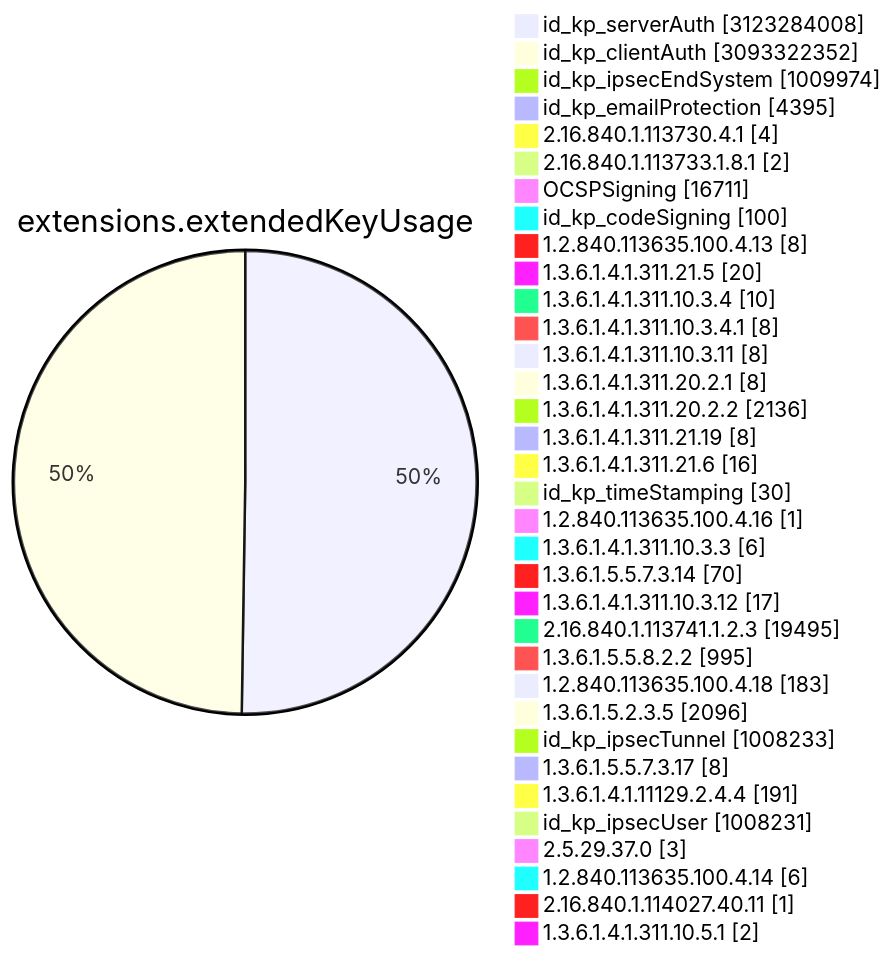
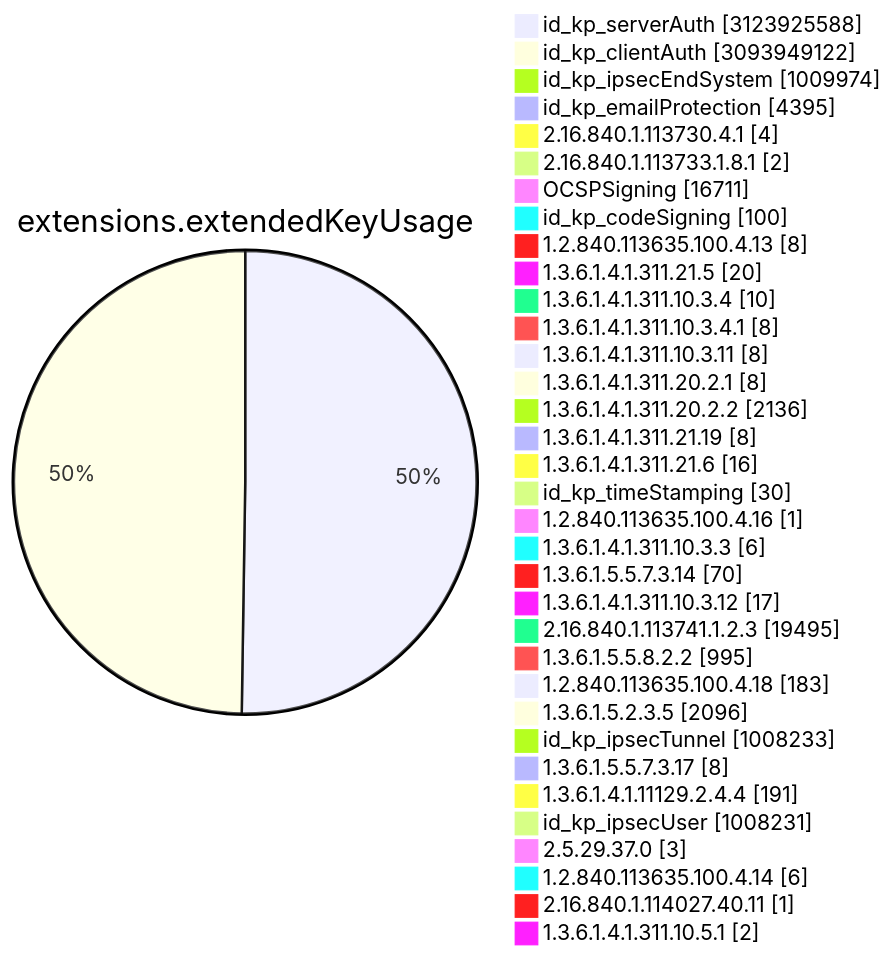
One commit to christiankrug/ctmonitor_visualization changed diagram 11 of 15 in TOTAL/README.md. Above: the diagram before and after it, drawn with Mermaid. The commit also changed other lines of this file, not shown here.

````diff
--- a/TOTAL/README.md
+++ b/TOTAL/README.md
@@ -4119,38 +4119,38 @@
 ```mermaid
 pie showData
 title extensions.extendedKeyUsage
-"id_kp_serverAuth" :3123284008
-"id_kp_clientAuth" :3093322352
+"id_kp_serverAuth" :3123925588
+"id_kp_clientAuth" :3093949122
 "id_kp_ipsecEndSystem" :1009974
 "id_kp_emailProtection" :4395
 "2.16.840.1.113730.4.1" :4
 "2.16.840.1.113733.1.8.1" :2
 "OCSPSigning" :16711
 "id_kp_codeSigning" :100
 "1.2.840.113635.100.4.13" :8
 "1.3.6.1.4.1.311.21.5" :20
 "1.3.6.1.4.1.311.10.3.4" :10
 "1.3.6.1.4.1.311.10.3.4.1" :8
 "1.3.6.1.4.1.311.10.3.11" :8
 "1.3.6.1.4.1.311.20.2.1" :8
 "1.3.6.1.4.1.311.20.2.2" :2136
 "1.3.6.1.4.1.311.21.19" :8
 "1.3.6.1.4.1.311.21.6" :16
 "id_kp_timeStamping" :30
 "1.2.840.113635.100.4.16" :1
 "1.3.6.1.4.1.311.10.3.3" :6
 "1.3.6.1.5.5.7.3.14" :70
 "1.3.6.1.4.1.311.10.3.12" :17
 "2.16.840.1.113741.1.2.3" :19495
 "1.3.6.1.5.5.8.2.2" :995
 "1.2.840.113635.100.4.18" :183
 "1.3.6.1.5.2.3.5" :2096
 "id_kp_ipsecTunnel" :1008233
 "1.3.6.1.5.5.7.3.17" :8
 "1.3.6.1.4.1.11129.2.4.4" :191
 "id_kp_ipsecUser" :1008231
 "2.5.29.37.0" :3
 "1.2.840.113635.100.4.14" :6
 "2.16.840.1.114027.40.11" :1
 "1.3.6.1.4.1.311.10.5.1" :2
 ```
````
